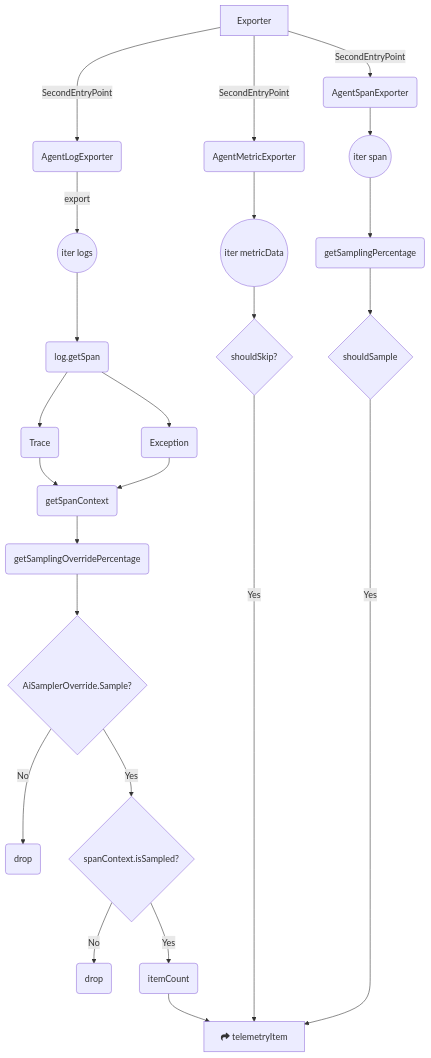
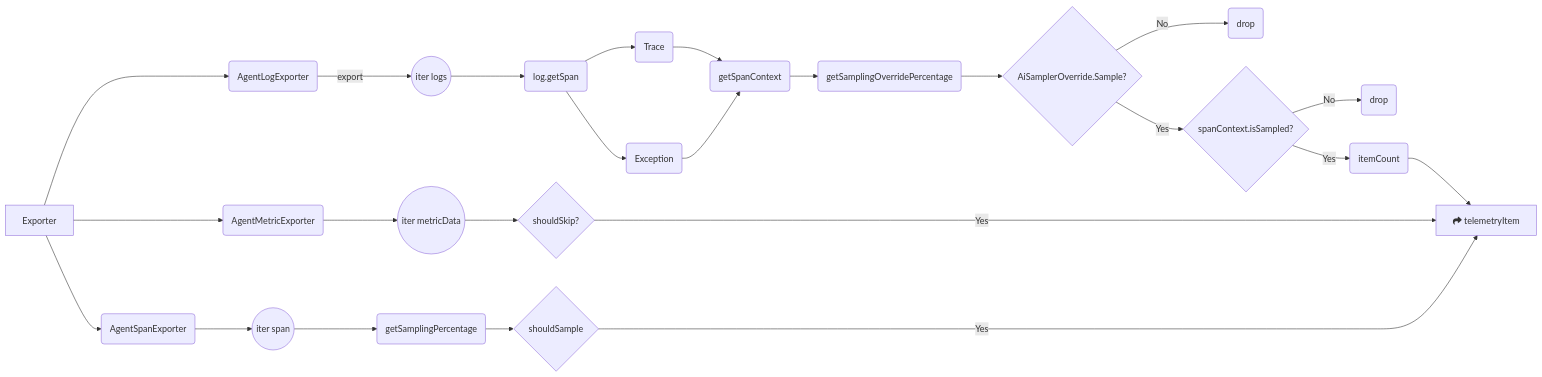
Before and after one commit to LQQ677/ApplicationInsights-Java: the diagram in MyDiagram/exporter.md, drawn with Mermaid. The commit also changed 12 other files, not shown here.

````diff
--- a/MyDiagram/exporter.md
+++ b/MyDiagram/exporter.md
@@ -1,31 +1,31 @@
 ```mermaid
-graph TD
-A[Exporter] --> |SecondEntryPoint|A1(AgentLogExporter)
-A --> |SecondEntryPoint|A2(AgentMetricExporter)
-A --> |SecondEntryPoint|A3(AgentSpanExporter)
+graph LR
+A[Exporter] --> A1(AgentLogExporter)
+A --> A2(AgentMetricExporter)
+A --> A3(AgentSpanExporter)
 
 A1 --> |export|B((iter logs))
 B --> B1(log.getSpan)
 B1 --> B2(Trace)
 B1 --> B3(Exception)
 B2 --> B4(getSpanContext)
 B3 --> B4
 B4 --> B5(getSamplingOverridePercentage)
 B5 --> B6{AiSamplerOverride.Sample?}
 B6 -->|No|B7(drop)
 B6 -->|Yes|B8{spanContext.isSampled?}
 B8 -->|No|B9(drop)
 B8 -->|Yes|B10(itemCount)
 
 B10 --> Z[fa:fa-share  telemetryItem]
 
 A2 -->C((iter metricData))
 C -->C1{shouldSkip?}
 C1 -------->|Yes|Z
 
 A3 -->C3((iter span))
 C3 -->C4(getSamplingPercentage)
 C4 -->C5{shouldSample}
 C5 -------->|Yes|Z
 
 ```
````
